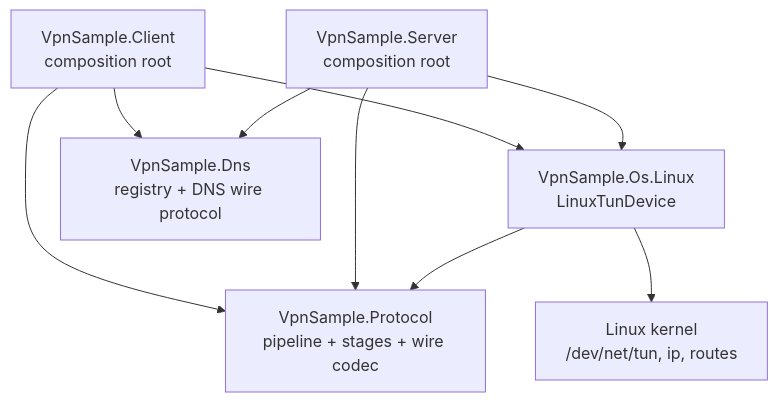
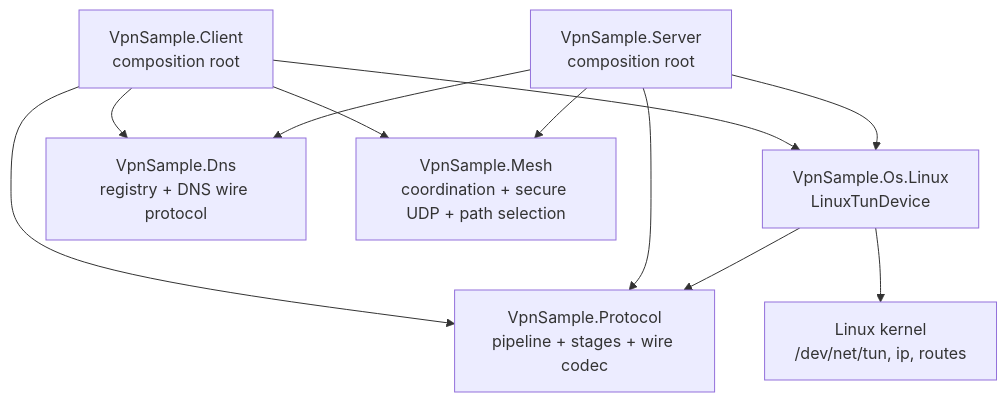
The second of 7 diagrams in ARCHITECTURE.md (podkolzzzin/VPNSample), drawn with Mermaid before and after one commit. The commit also changed other lines of this file and 37 other files, not shown here.

````diff
--- a/ARCHITECTURE.md
+++ b/ARCHITECTURE.md
@@ -68,18 +76,21 @@
 ```mermaid
 flowchart TB
     Client[VpnSample.Client<br/>composition root]
     Server[VpnSample.Server<br/>composition root]
     Linux[VpnSample.Os.Linux<br/>LinuxTunDevice]
     Dns[VpnSample.Dns<br/>registry + DNS wire protocol]
+    Mesh[VpnSample.Mesh<br/>coordination + secure UDP + path selection]
     Protocol[VpnSample.Protocol<br/>pipeline + stages + wire codec]
     Kernel[Linux kernel<br/>/dev/net/tun, ip, routes]
 
     Client --> Protocol
     Client --> Dns
+    Client --> Mesh
     Client --> Linux
     Server --> Protocol
     Server --> Dns
+    Server --> Mesh
     Server --> Linux
     Linux --> Protocol
     Linux --> Kernel
 ```
````
